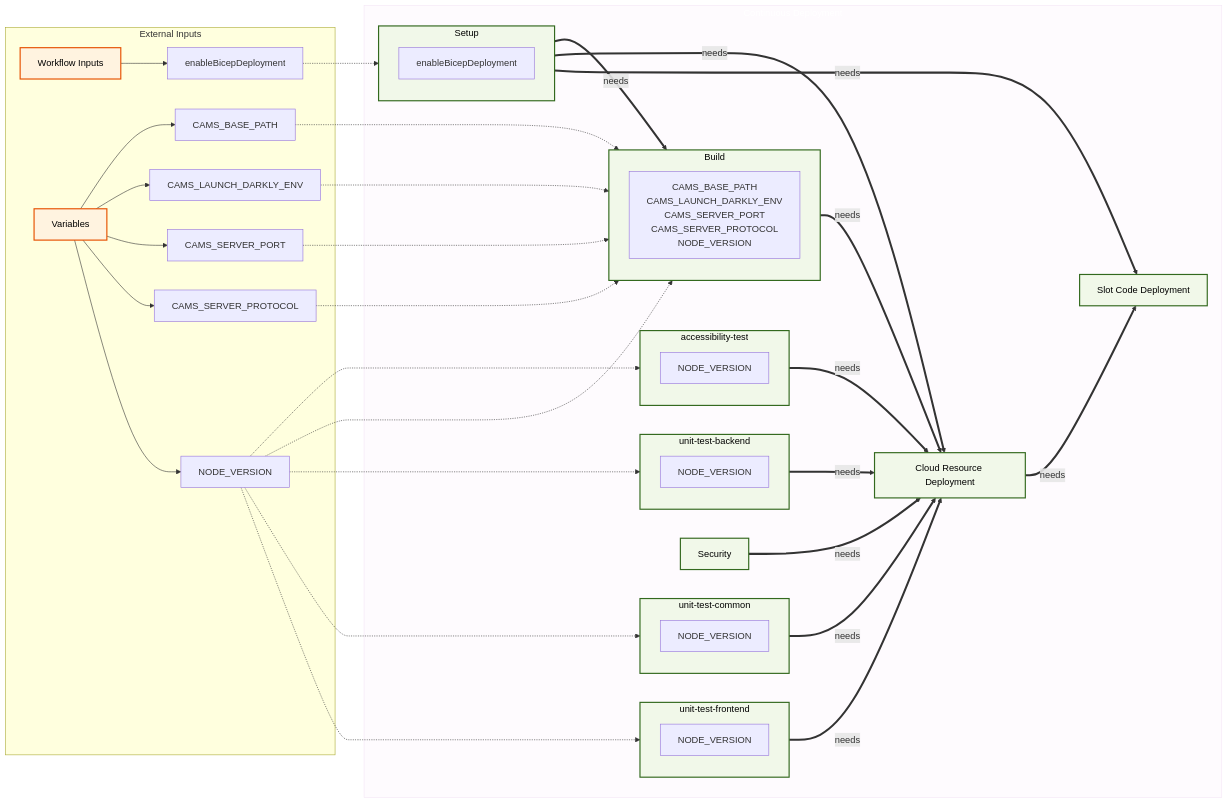
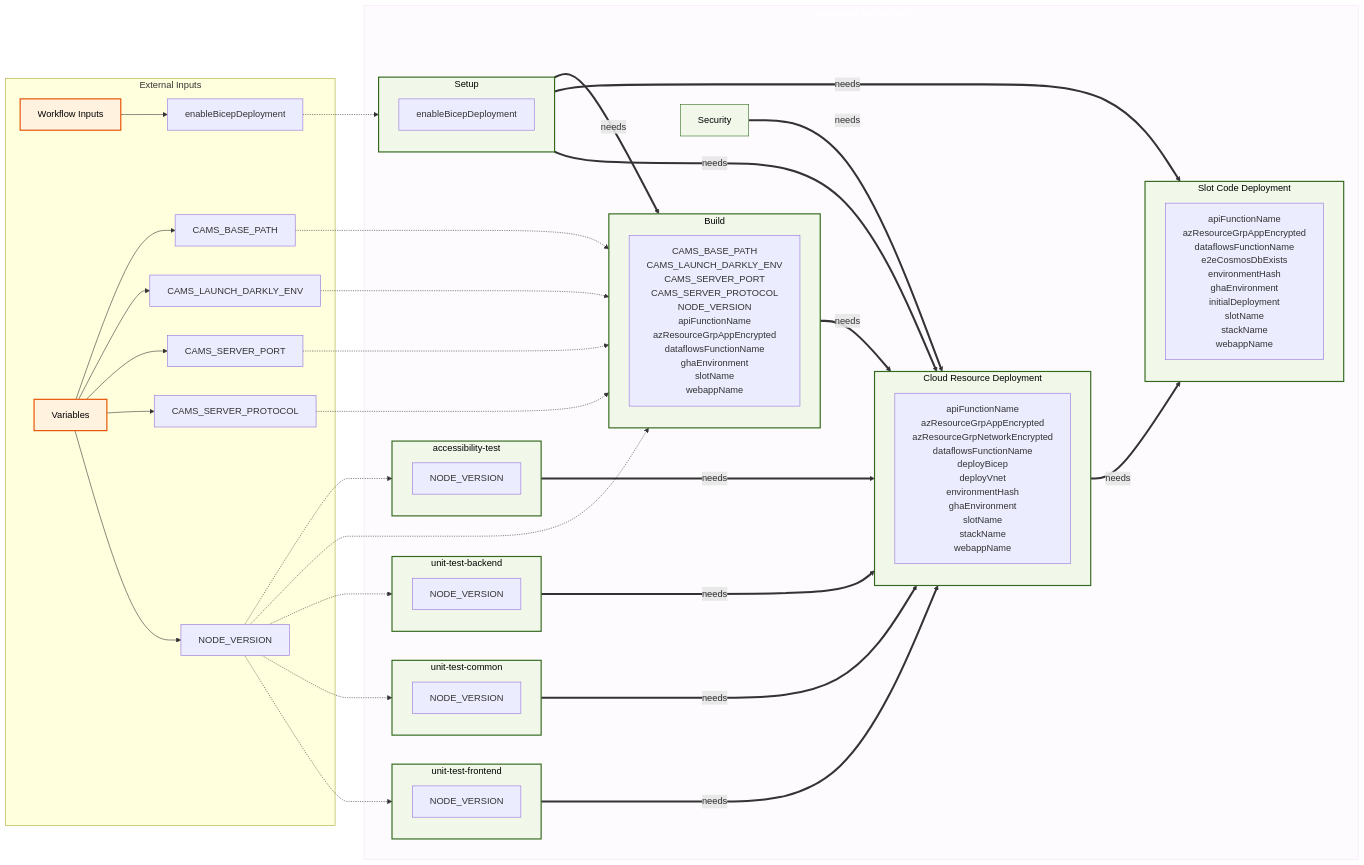
Before and after one commit to US-Trustee-Program/Bankruptcy-Oversight-Support-Systems: diagram 14 of 22 in docs/operations/workflow-diagram.md, drawn with Mermaid. The commit also changed other lines of this file and 3 other files, not shown here.

````diff
--- a/docs/operations/workflow-diagram.md
+++ b/docs/operations/workflow-diagram.md
@@ -918,11 +892,11 @@
         Workflow_Inputs["Workflow Inputs"]
         Workflow_Inputs_enableBicepDeployment["enableBicepDeployment"]
         Variables["Variables"]
+        Variables_CAMS_BASE_PATH["CAMS_BASE_PATH"]
         Variables_CAMS_LAUNCH_DARKLY_ENV["CAMS_LAUNCH_DARKLY_ENV"]
-        Variables_CAMS_BASE_PATH["CAMS_BASE_PATH"]
+        Variables_CAMS_SERVER_PORT["CAMS_SERVER_PORT"]
+        Variables_CAMS_SERVER_PROTOCOL["CAMS_SERVER_PROTOCOL"]
         Variables_NODE_VERSION["NODE_VERSION"]
-        Variables_CAMS_SERVER_PROTOCOL["CAMS_SERVER_PROTOCOL"]
-        Variables_CAMS_SERVER_PORT["CAMS_SERVER_PORT"]
     end
 
     subgraph continuous_deployment_workflow["Continuous Deployment"]
@@ -943,10 +917,14 @@
         end
         security_scan["Security"]
         subgraph build_subgraph["Build"]
-            build_vars["CAMS_BASE_PATH<br/>CAMS_LAUNCH_DARKLY_ENV<br/>CAMS_SERVER_PORT<br/>CAMS_SERVER_PROTOCOL<br/>NODE_VERSION"]
+            build_vars["CAMS_BASE_PATH<br/>CAMS_LAUNCH_DARKLY_ENV<br/>CAMS_SERVER_PORT<br/>CAMS_SERVER_PROTOCOL<br/>NODE_VERSION<br/>apiFunctionName<br/>azResourceGrpAppEncrypted<br/>dataflowsFunctionName<br/>ghaEnvironment<br/>slotName<br/>webappName"]
         end
-        deploy["Cloud Resource Deployment"]
-        deploy_code_slot["Slot Code Deployment"]
+        subgraph deploy_subgraph["Cloud Resource Deployment"]
+            deploy_vars["apiFunctionName<br/>azResourceGrpAppEncrypted<br/>azResourceGrpNetworkEncrypted<br/>dataflowsFunctionName<br/>deployBicep<br/>deployVnet<br/>environmentHash<br/>ghaEnvironment<br/>slotName<br/>stackName<br/>webappName"]
+        end
+        subgraph deploy_code_slot_subgraph["Slot Code Deployment"]
+            deploy_code_slot_vars["apiFunctionName<br/>azResourceGrpAppEncrypted<br/>dataflowsFunctionName<br/>e2eCosmosDbExists<br/>environmentHash<br/>ghaEnvironment<br/>initialDeployment<br/>slotName<br/>stackName<br/>webappName"]
+        end
     end
 
         Variables --> Variables_CAMS_BASE_PATH
@@ -965,24 +943,21 @@
     Variables_NODE_VERSION -.-> unit_test_common_subgraph
     Variables_NODE_VERSION -.-> unit_test_frontend_subgraph
     Workflow_Inputs_enableBicepDeployment -.-> setup_subgraph
-    accessibility_test_subgraph ==>|"needs"| deploy
-    build_subgraph ==>|"needs"| deploy
-    deploy ==>|"needs"| deploy_code_slot
-    security_scan ==>|"needs"| deploy
+    accessibility_test_subgraph ==>|"needs"| deploy_subgraph
+    build_subgraph ==>|"needs"| deploy_subgraph
+    deploy_subgraph ==>|"needs"| deploy_code_slot_subgraph
+    security_scan ==>|"needs"| deploy_subgraph
     setup_subgraph ==>|"needs"| build_subgraph
-    setup_subgraph ==>|"needs"| deploy
-    setup_subgraph ==>|"needs"| deploy_code_slot
-    unit_test_backend_subgraph ==>|"needs"| deploy
-    unit_test_common_subgraph ==>|"needs"| deploy
-    unit_test_frontend_subgraph ==>|"needs"| deploy
+    setup_subgraph ==>|"needs"| deploy_code_slot_subgraph
+    setup_subgraph ==>|"needs"| deploy_subgraph
+    unit_test_backend_subgraph ==>|"needs"| deploy_subgraph
+    unit_test_common_subgraph ==>|"needs"| deploy_subgraph
+    unit_test_frontend_subgraph ==>|"needs"| deploy_subgraph
 
     classDef external fill:#fff3e0,stroke:#e65100,stroke-width:2px,color:#000000
-    classDef job fill:#f1f8e9,stroke:#33691e,stroke-width:2px,color:#000000
+    classDef job fill:#f1f8e9,stroke:#33691e,stroke-width:1px,color:#000000
     classDef mainWorkflow fill:#f3e5f5,fill-opacity:0.15,stroke:#f3e5f5,stroke-width:1px,color:#ffffff
     classDef jobSubgraph fill:#f1f8e9,stroke:#33691e,stroke-width:2px,color:#000000
-    classDef explicit stroke:#2196F3,stroke-width:3px
-    classDef dataflow stroke:#FF9800,stroke-dasharray: 5 5
-
     class continuous_deployment_workflow mainWorkflow
     class Workflow_Inputs external
     class Variables external
@@ -993,6 +968,6 @@
     class unit_test_common_subgraph jobSubgraph
     class security_scan job
     class build_subgraph jobSubgraph
-    class deploy job
-    class deploy_code_slot job
+    class deploy_subgraph jobSubgraph
+    class deploy_code_slot_subgraph jobSubgraph
 ```
````
